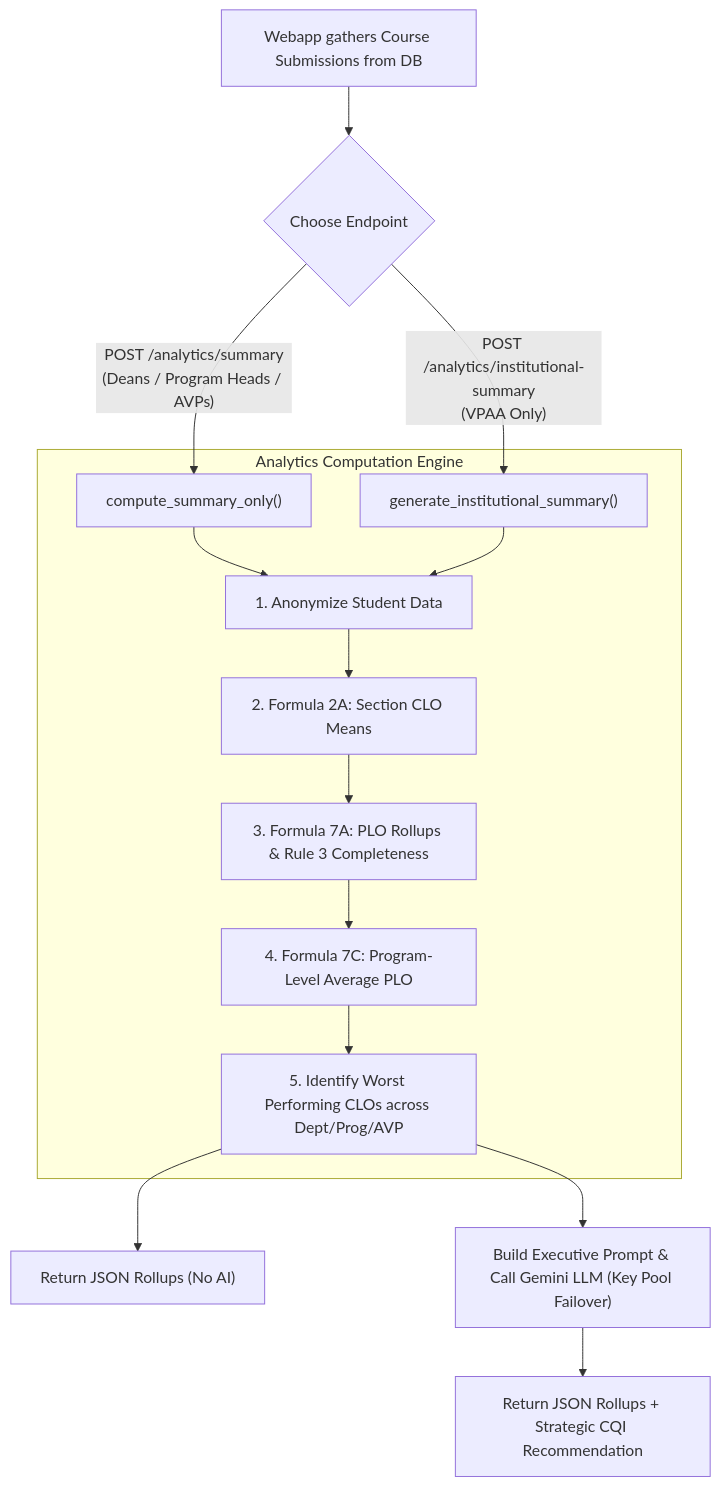
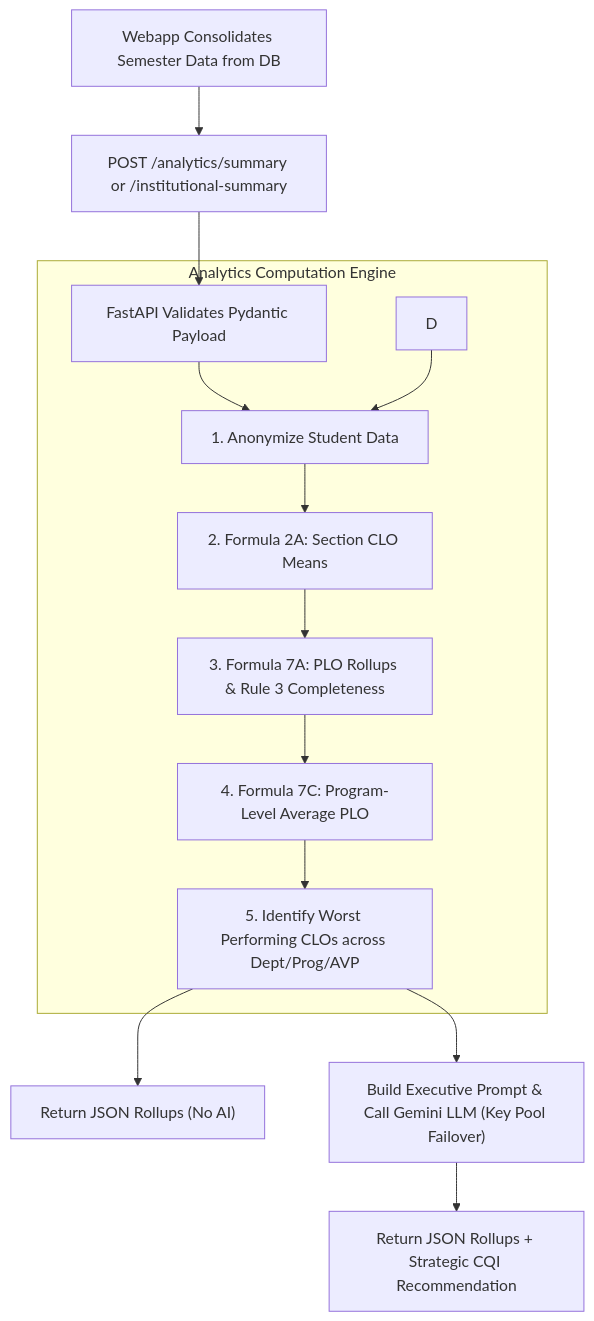
Before and after one commit to Zerodayu/Obelisk: the second of 2 diagrams in apps/python-server/documentations/SYSTEM_PROCESS_EXPLAINED.md, drawn with Mermaid. The commit also changed other lines of this file and 15 other files, not shown here.

First line of the commit message:
fix(analytics, tests): fix E2E recommendation truncation and validate CQI schema

````diff
--- a/apps/python-server/documentations/SYSTEM_PROCESS_EXPLAINED.md
+++ b/apps/python-server/documentations/SYSTEM_PROCESS_EXPLAINED.md
@@ -193,20 +140,18 @@
 ```mermaid
 flowchart TD
-    A["Webapp gathers Course Submissions from DB"] --> B{"Choose Endpoint"}
-    
-    B -->|"POST /analytics/summary\n(Deans / Program Heads / AVPs)"| C["compute_summary_only()"]
-    B -->|"POST /analytics/institutional-summary\n(VPAA Only)"| D["generate_institutional_summary()"]
+    A["Webapp Consolidates Semester Data from DB"] --> B["POST /analytics/summary or /institutional-summary"]
+    B --> C["FastAPI Validates Pydantic Payload"]
     
     subgraph Analytics Computation Engine
         C --> E["1. Anonymize Student Data"]
         D --> E
         E --> F["2. Formula 2A: Section CLO Means"]
         F --> G["3. Formula 7A: PLO Rollups & Rule 3 Completeness"]
         G --> H["4. Formula 7C: Program-Level Average PLO"]
         H --> I["5. Identify Worst Performing CLOs across Dept/Prog/AVP"]
     end
     
     I --> J["Return JSON Rollups (No AI)"]
     I --> K["Build Executive Prompt & Call Gemini LLM (Key Pool Failover)"]
     K --> L["Return JSON Rollups + Strategic CQI Recommendation"]
 ```
````
